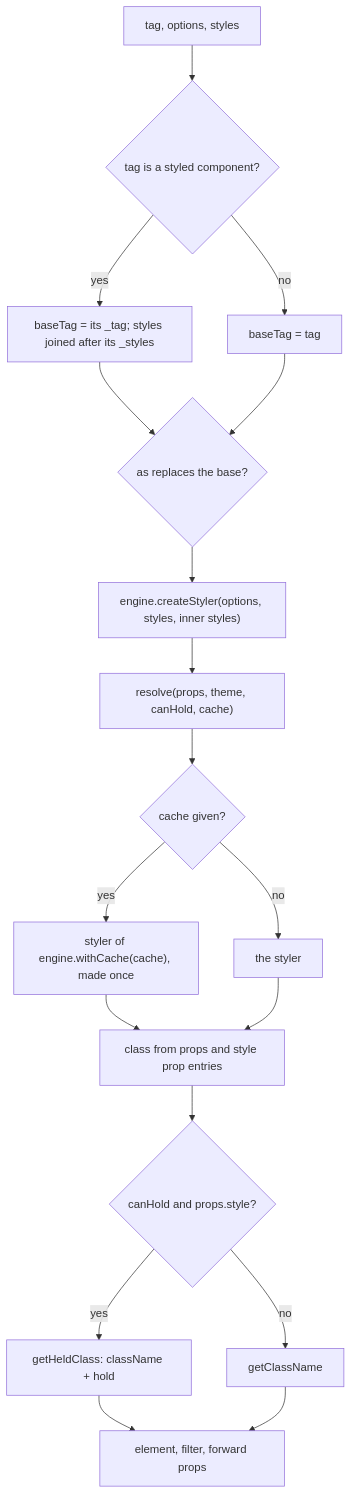
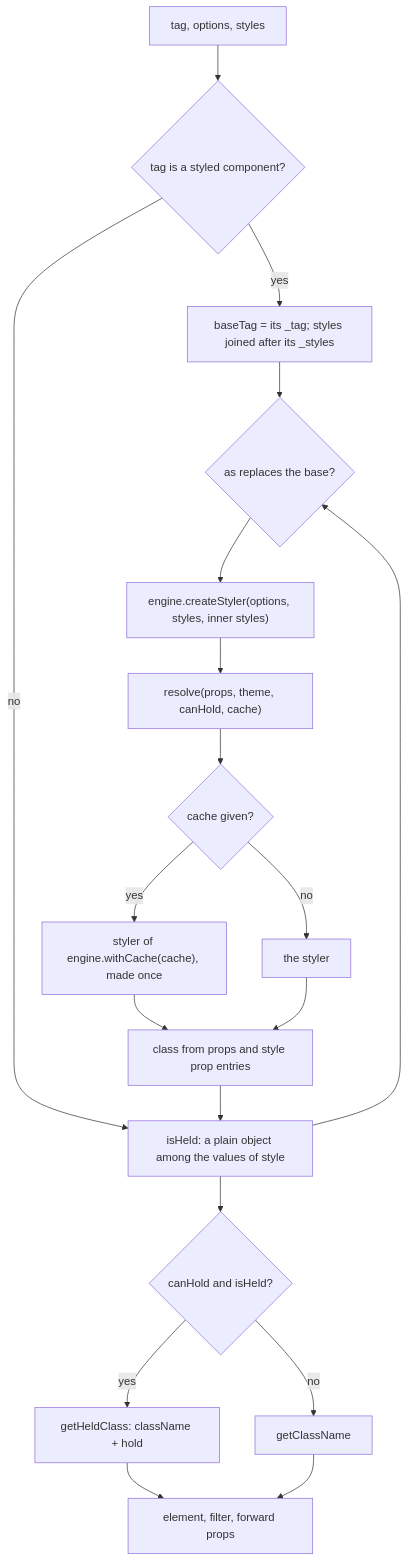
One commit to soroush-tech/umber-style changed the diagram in packages/react/src/styledParts.md. Above: the diagram before and after it, drawn with Mermaid. The commit also changed other lines of this file and 23 other files, not shown here.

````diff
--- a/packages/react/src/styledParts.md
+++ b/packages/react/src/styledParts.md
@@ -20,20 +20,21 @@
 ```mermaid
 flowchart TD
   tag["tag, options, styles"] --> inner{"tag is a styled component?"}
   inner -->|yes| flat["baseTag = its _tag; styles joined after its _styles"]
   inner -->|no| plain["baseTag = tag"]
   flat --> replaced
   plain --> replaced{"as replaces the base?"}
   replaced --> styler["engine.createStyler(options, styles, inner styles)"]
   styler --> resolve["resolve(props, theme, canHold, cache)"]
   resolve --> own{"cache given?"}
   own -->|yes| other["styler of engine.withCache(cache), made once"]
   own -->|no| main["the styler"]
   other --> cls["class from props and style prop entries"]
   main --> cls
-  cls --> hold{"canHold and props.style?"}
+  cls --> plain["isHeld: a plain object among the values of style"]
+  plain --> hold{"canHold and isHeld?"}
   hold -->|yes| held["getHeldClass: className + hold"]
   hold -->|no| get["getClassName"]
   held --> filter["element, filter, forward props"]
   get --> filter
 ```
````
